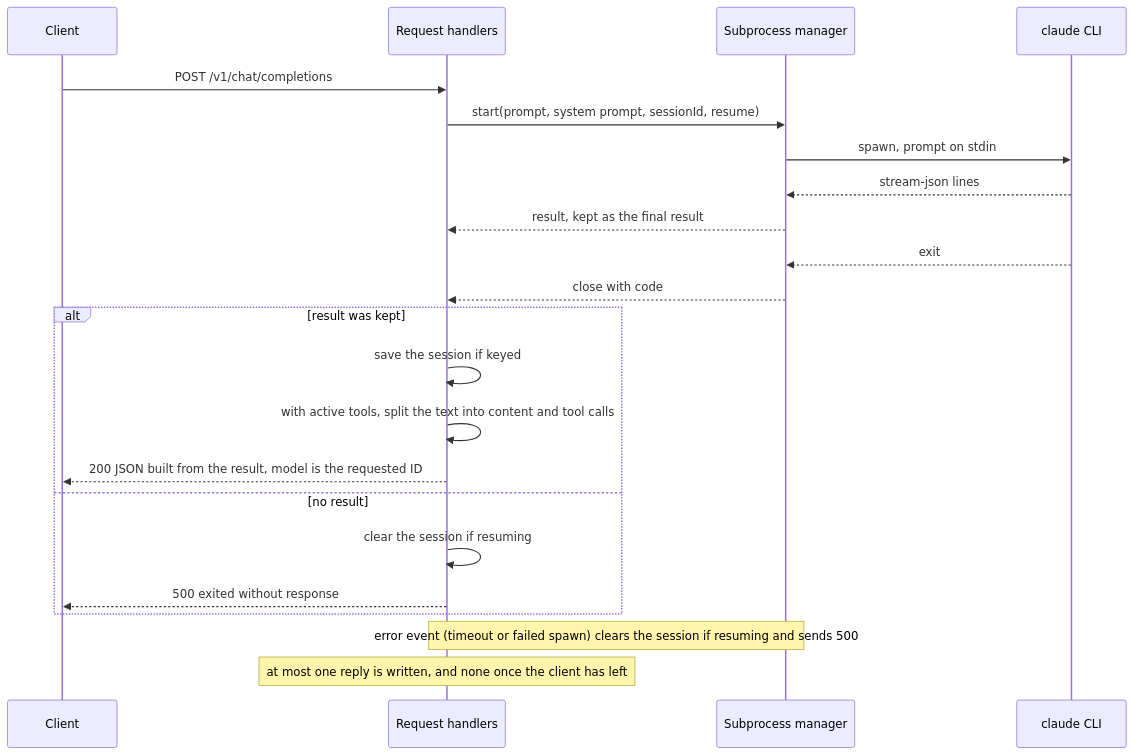
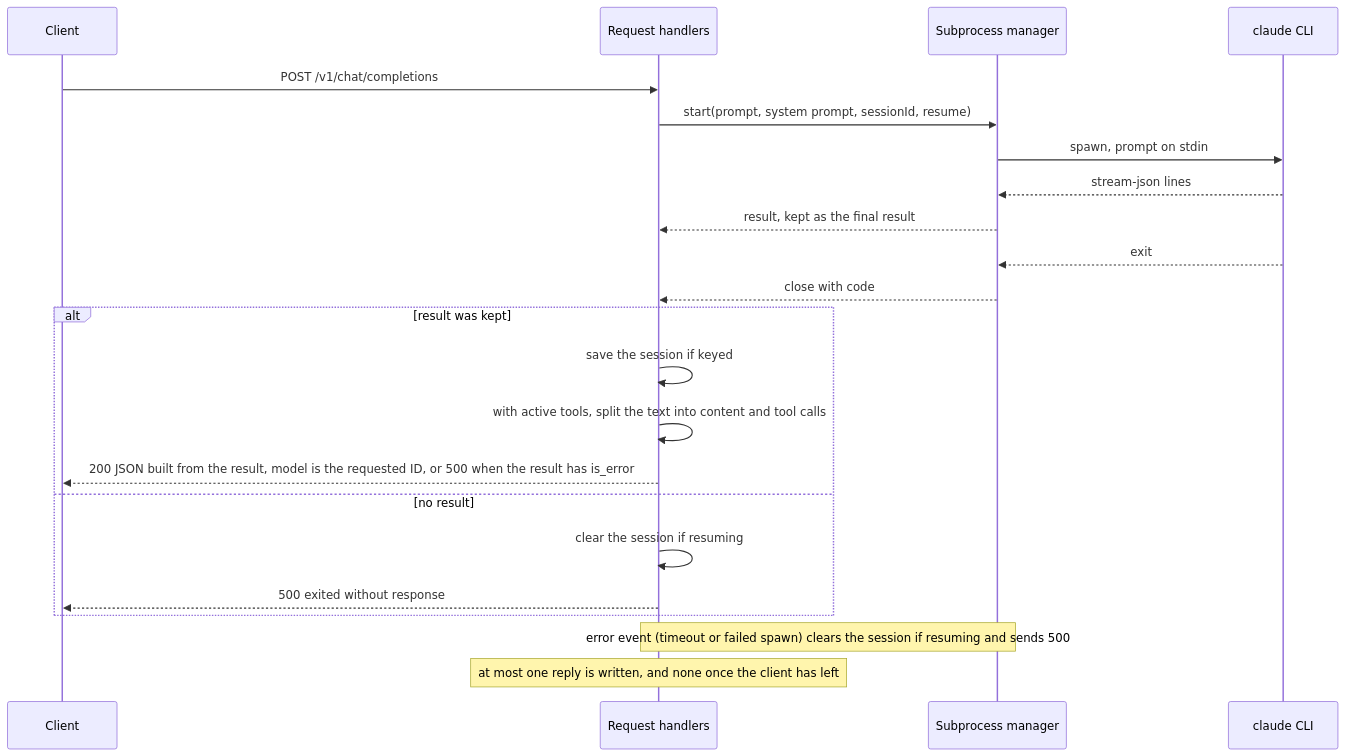
The second of 4 diagrams in docs/WORKFLOW.md (jameshskoh/claude-max-api-proxy), drawn with Mermaid before and after one commit. The commit also changed other lines of this file and 6 other files, not shown here.

````diff
--- a/docs/WORKFLOW.md
+++ b/docs/WORKFLOW.md
@@ -110,24 +110,24 @@
 ```mermaid
 sequenceDiagram
   participant C as Client
   participant R as Request handlers
   participant S as Subprocess manager
   participant CLI as claude CLI
   C->>R: POST /v1/chat/completions
   R->>S: start(prompt, system prompt, sessionId, resume)
   S->>CLI: spawn, prompt on stdin
   CLI-->>S: stream-json lines
   S-->>R: result, kept as the final result
   CLI-->>S: exit
   S-->>R: close with code
   alt result was kept
     R->>R: save the session if keyed
     R->>R: with active tools, split the text into content and tool calls
-    R-->>C: 200 JSON built from the result, model is the requested ID
+    R-->>C: 200 JSON built from the result, model is the requested ID, or 500 when the result has is_error
   else no result
     R->>R: clear the session if resuming
     R-->>C: 500 exited without response
   end
   Note over S,R: error event (timeout or failed spawn) clears the session if resuming and sends 500
   Note over R: at most one reply is written, and none once the client has left
 ```
````
